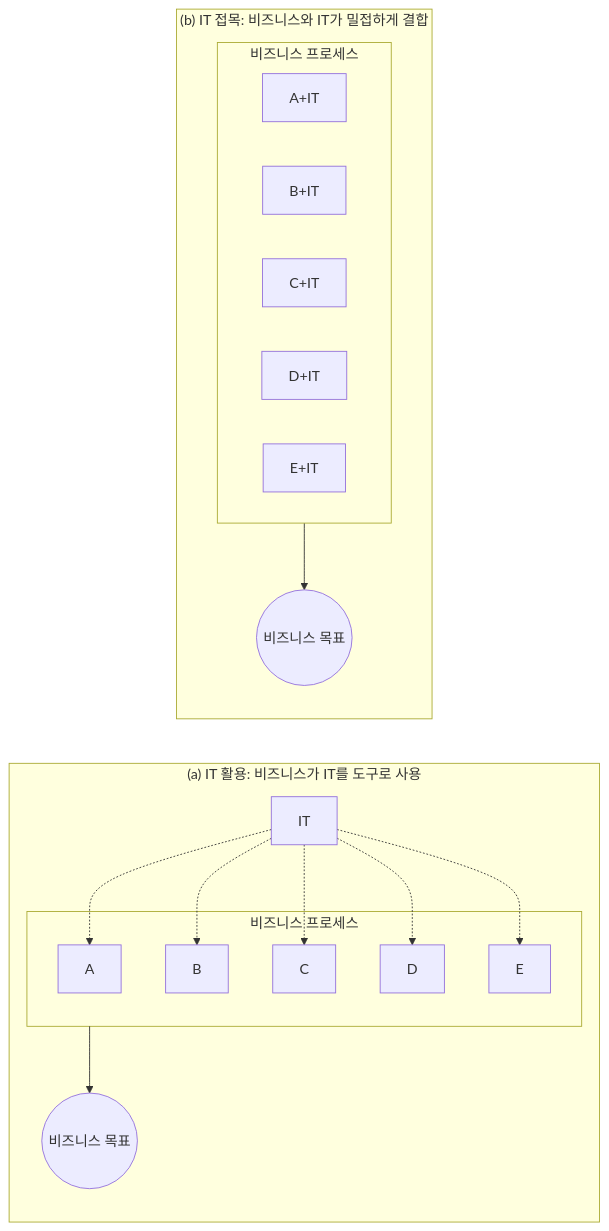
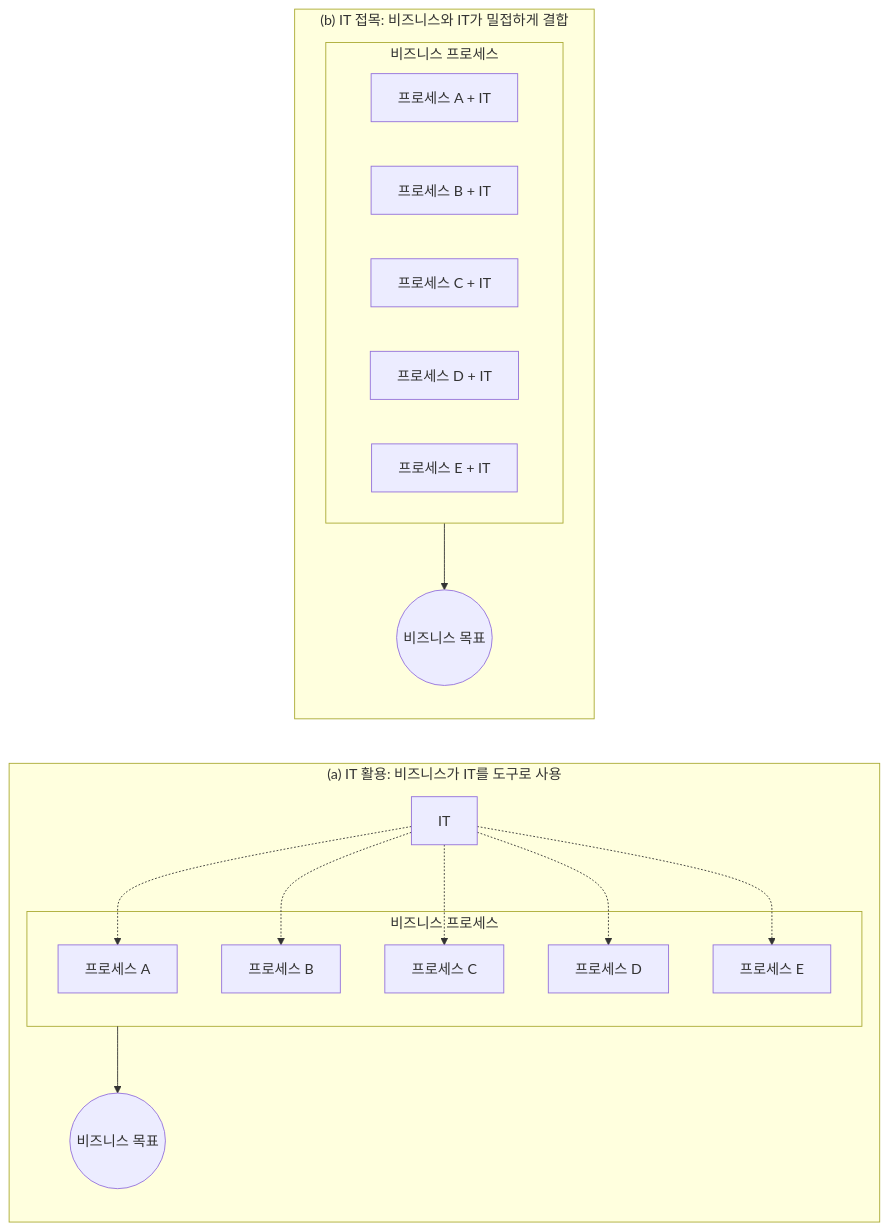
The diagram in output/markdown/pages/page-019.md (jhs512/topcit), drawn with Mermaid before and after one commit. The commit also changed 1 other file, not shown here.

Commit message:
docs: clarify process labels in IT business diagram

````diff
--- a/output/markdown/pages/page-019.md
+++ b/output/markdown/pages/page-019.md
@@ -16,16 +16,16 @@
 ```mermaid
 flowchart LR
  subgraph a["(a) IT 활용: 비즈니스가 IT를 도구로 사용"]
   subgraph proc["비즈니스 프로세스"]
-   A[A] & B[B] & C[C] & D[D] & E[E]
+   A["프로세스 A"] & B["프로세스 B"] & C["프로세스 C"] & D["프로세스 D"] & E["프로세스 E"]
   end
   IT[IT] -.-> A & B & C & D & E
   proc --> goal((비즈니스 목표))
  end
  subgraph b["(b) IT 접목: 비즈니스와 IT가 밀접하게 결합"]
   subgraph proc2["비즈니스 프로세스"]
-   A2["A+IT"] & B2["B+IT"] & C2["C+IT"] & D2["D+IT"] & E2["E+IT"]
+   A2["프로세스 A + IT"] & B2["프로세스 B + IT"] & C2["프로세스 C + IT"] & D2["프로세스 D + IT"] & E2["프로세스 E + IT"]
   end
   proc2 --> goal2((비즈니스 목표))
  end
 ```
````
